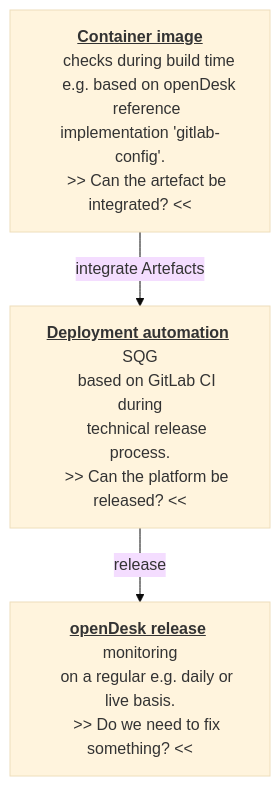
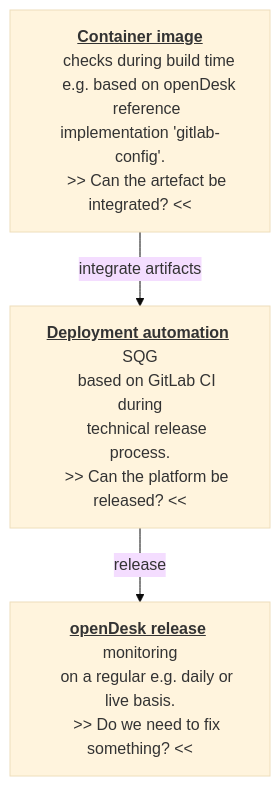
Before and after one commit to tobias-weiss-ai-xr/opendesk-edu: the third of 3 diagrams in docs/workflow.md, drawn with Mermaid (base theme). The commit also changed other lines of this file and 13 other files, not shown here.

````diff
--- a/docs/workflow.md
+++ b/docs/workflow.md
@@ -254,17 +254,17 @@
 ```mermaid
 flowchart TD
     A[<u><b>Container image</b></u>
     checks during build time
     e.g. based on openDesk
     reference implementation 'gitlab-config'.
     >> Can the artefact be integrated? <<
-    ] -->|integrate Artefacts| B[<u><b>Deployment automation</b></u> SQG
+    ] -->|integrate artifacts| B[<u><b>Deployment automation</b></u> SQG
     based on GitLab CI during
     technical release process.
     >> Can the platform be released? <<
     ]
     B-->|release| C[<u><b>openDesk release</b></u> monitoring
     on a regular e.g. daily or live basis.
     >> Do we need to fix something? <<
     ]
 ```
````
